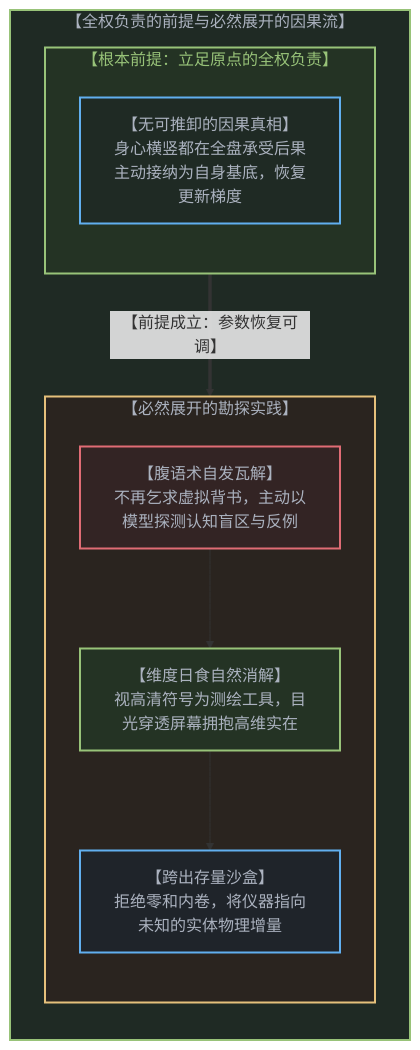
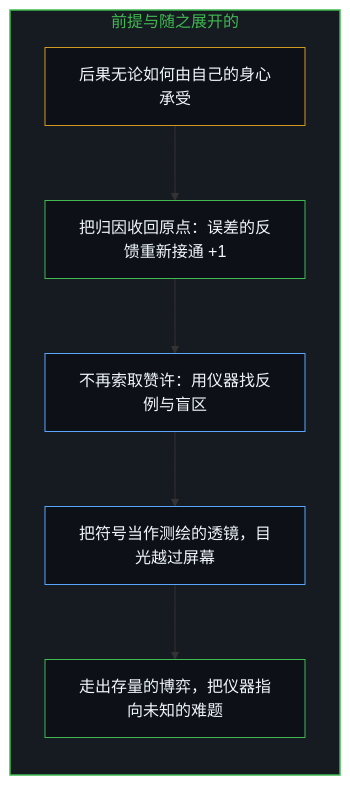
One commit to powerpig99/not-a-toe changed the ninth of 10 diagrams in content/posts/the-sovereign-blinding.md. Above: the diagram before and after it, drawn with Mermaid. The commit also changed other lines of this file and 2 other files, not shown here.

Commit message:
Refine the-sovereign-blinding: alternating bilingual layout, five paired diagrams, the scholar unnamed in both languages, implicit first person

````diff
--- a/content/posts/the-sovereign-blinding.md
+++ b/content/posts/the-sovereign-blinding.md
@@ -424,31 +261,22 @@
 ```mermaid
-graph TD
-    subgraph ResponsibilitySingularity["【全权负责的前提与必然展开的因果流】"]
+flowchart TD
+    subgraph S_Own["前提与随之展开的"]
         direction TB
-        
-        subgraph CorePrerequisite["【根本前提：立足原点的全权负责】"]
-            direction TB
-            OwnConsequence["【无可推卸的因果真相】<br>身心横竖都在全盘承受后果<br>主动接纳为自身基底，恢复更新梯度"]
-        end
-
-        subgraph NaturalUnfolding["【必然展开的勘探实践】"]
-            direction TB
-            VentriloquismDies["【腹语术自发瓦解】<br>不再乞求虚拟背书，主动以模型探测认知盲区与反例"]
-            EclipsePierced["【维度日食自然消解】<br>视高清符号为测绘工具，目光穿透屏幕拥抱高维实在"]
-            ExitSandbox["【跨出存量沙盒】<br>拒绝零和内卷，将仪器指向未知的实体物理增量"]
-            
-            VentriloquismDies --> EclipsePierced
-            EclipsePierced --> ExitSandbox
-        end
-
-        CorePrerequisite ==>|"【前提成立：参数恢复可调】"| NaturalUnfolding
+        Bear["后果无论如何由自己的身心承受"]
+        Claim["把归因收回原点：误差的反馈重新接通 +1"]
+        Probe["不再索取赞许：用仪器找反例与盲区"]
+        Lift["把符号当作测绘的透镜，目光越过屏幕"]
+        Out["走出存量的博弈，把仪器指向未知的难题"]
+        Bear --> Claim
+        Claim --> Probe
+        Probe --> Lift
+        Lift --> Out
     end
 
-    style ResponsibilitySingularity fill:#1f2a24,stroke:#98c379,stroke-width:2px,color:#abb2bf
-    style CorePrerequisite fill:#243324,stroke:#98c379,stroke-width:2px,color:#98c379
-    style OwnConsequence fill:#1f2a24,stroke:#61afef,stroke-width:2px,color:#abb2bf
-    style NaturalUnfolding fill:#2a241f,stroke:#e5c07b,stroke-width:2px,color:#abb2bf
-    style VentriloquismDies fill:#332424,stroke:#e06c75,stroke-width:2px,color:#abb2bf
-    style EclipsePierced fill:#243324,stroke:#98c379,stroke-width:2px,color:#abb2bf
-    style ExitSandbox fill:#1f242a,stroke:#61afef,stroke-width:2px,color:#abb2bf
+    style S_Own fill:#161b22,stroke:#3fb950,stroke-width:1.5px,color:#3fb950
+    style Bear fill:#0d1117,stroke:#d29922,stroke-width:1px,color:#f0f6fc
+    style Claim fill:#0d1117,stroke:#3fb950,stroke-width:1px,color:#f0f6fc
+    style Probe fill:#0d1117,stroke:#58a6ff,stroke-width:1px,color:#f0f6fc
+    style Lift fill:#0d1117,stroke:#58a6ff,stroke-width:1px,color:#f0f6fc
+    style Out fill:#0d1117,stroke:#3fb950,stroke-width:1px,color:#f0f6fc
 ```
````
